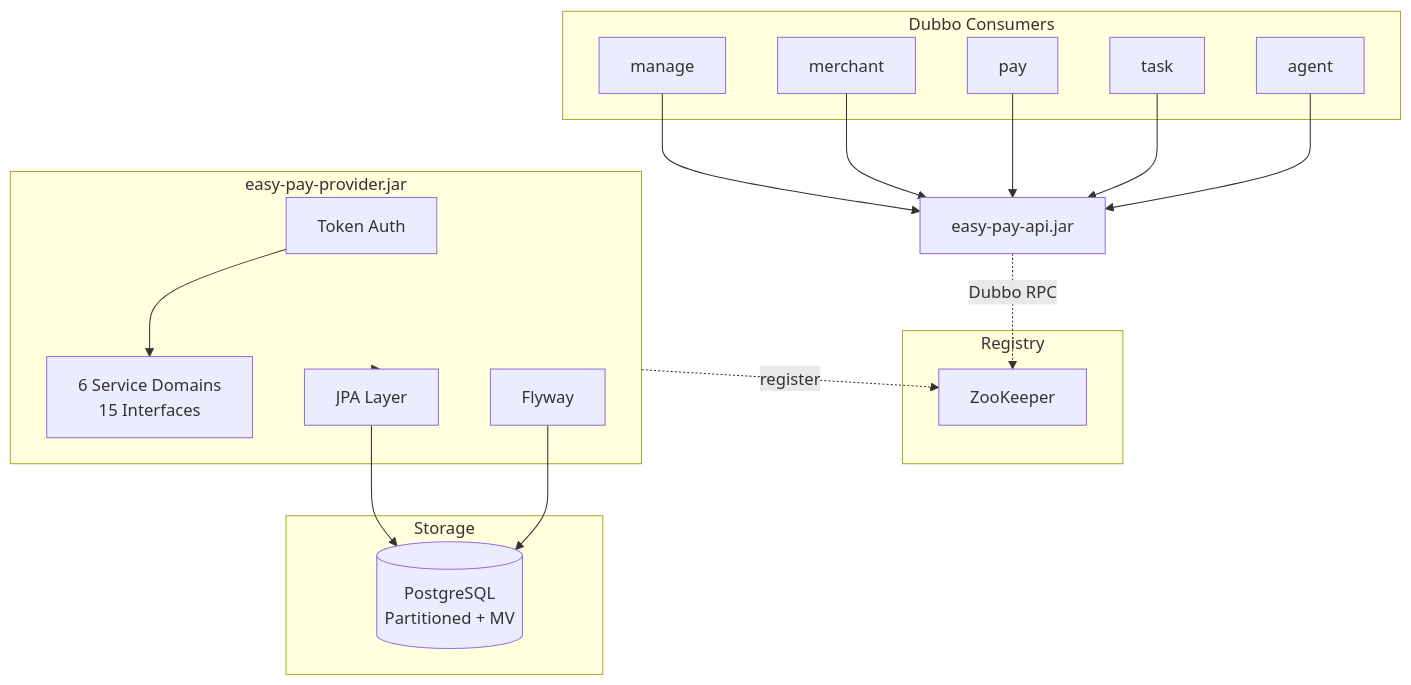
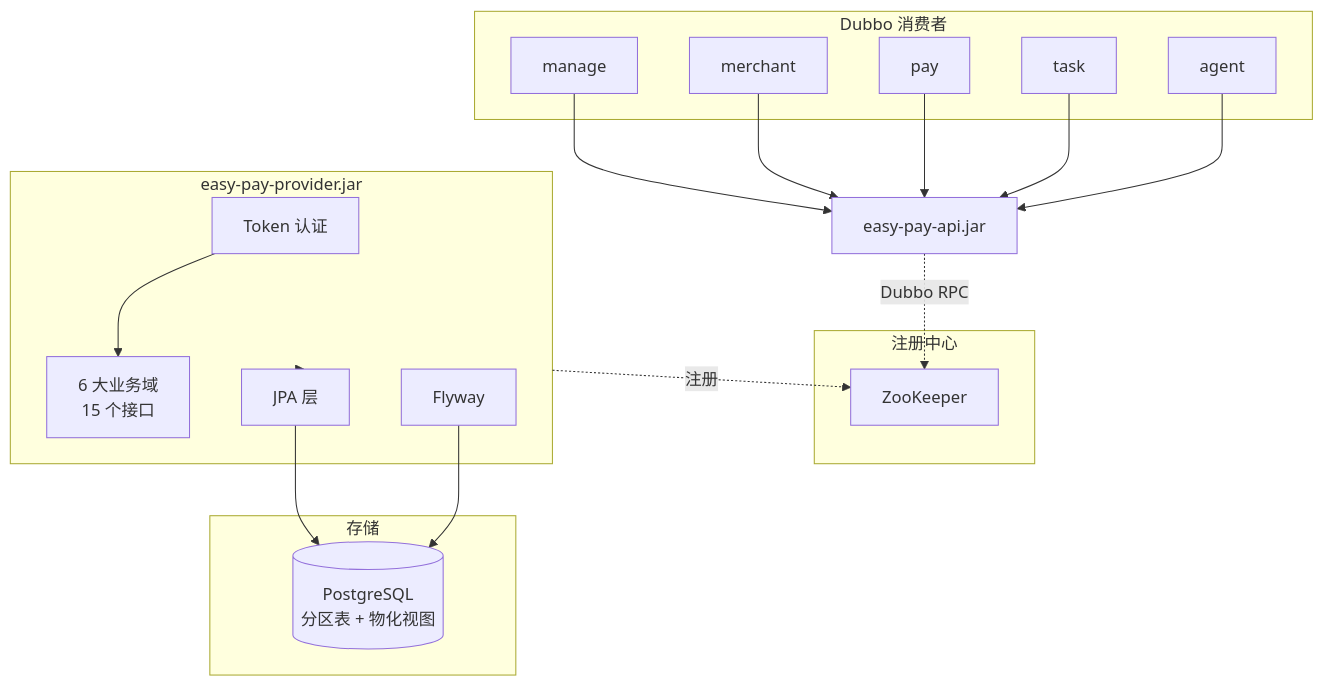
The diagram in README.md (forkcc/easy_pay_interface), drawn with Mermaid before and after one commit. The commit also changed other lines of this file and 2 other files, not shown here.

````diff
--- a/README.md
+++ b/README.md
@@ -11,38 +9,38 @@
 ```mermaid
 flowchart TB
-    subgraph Consumers["Dubbo Consumers"]
+    subgraph Consumers["Dubbo 消费者"]
         manage[manage]
         merchant[merchant]
         pay[pay]
         task[task]
         agent[agent]
     end
 
-    subgraph Registry["Registry"]
+    subgraph Registry["注册中心"]
         zk[ZooKeeper]
     end
 
     subgraph Provider["easy-pay-provider.jar"]
-        token[Token Auth]
-        domains[6 Service Domains<br/>15 Interfaces]
-        jpa[JPA Layer]
+        token[Token 认证]
+        domains[6 大业务域<br/>15 个接口]
+        jpa[JPA 层]
         flyway[Flyway]
     end
 
-    subgraph Storage["Storage"]
-        pg[(PostgreSQL<br/>Partitioned + MV)]
+    subgraph Storage["存储"]
+        pg[(PostgreSQL<br/>分区表 + 物化视图)]
     end
 
     manage --> api[easy-pay-api.jar]
     merchant --> api
     pay --> api
     task --> api
     agent --> api
 
     api -.->|Dubbo RPC| zk
-    Provider -.->|register| zk
+    Provider -.->|注册| zk
     Provider --> jpa
     jpa --> pg
     flyway --> pg
     token --> domains
 ```
````
